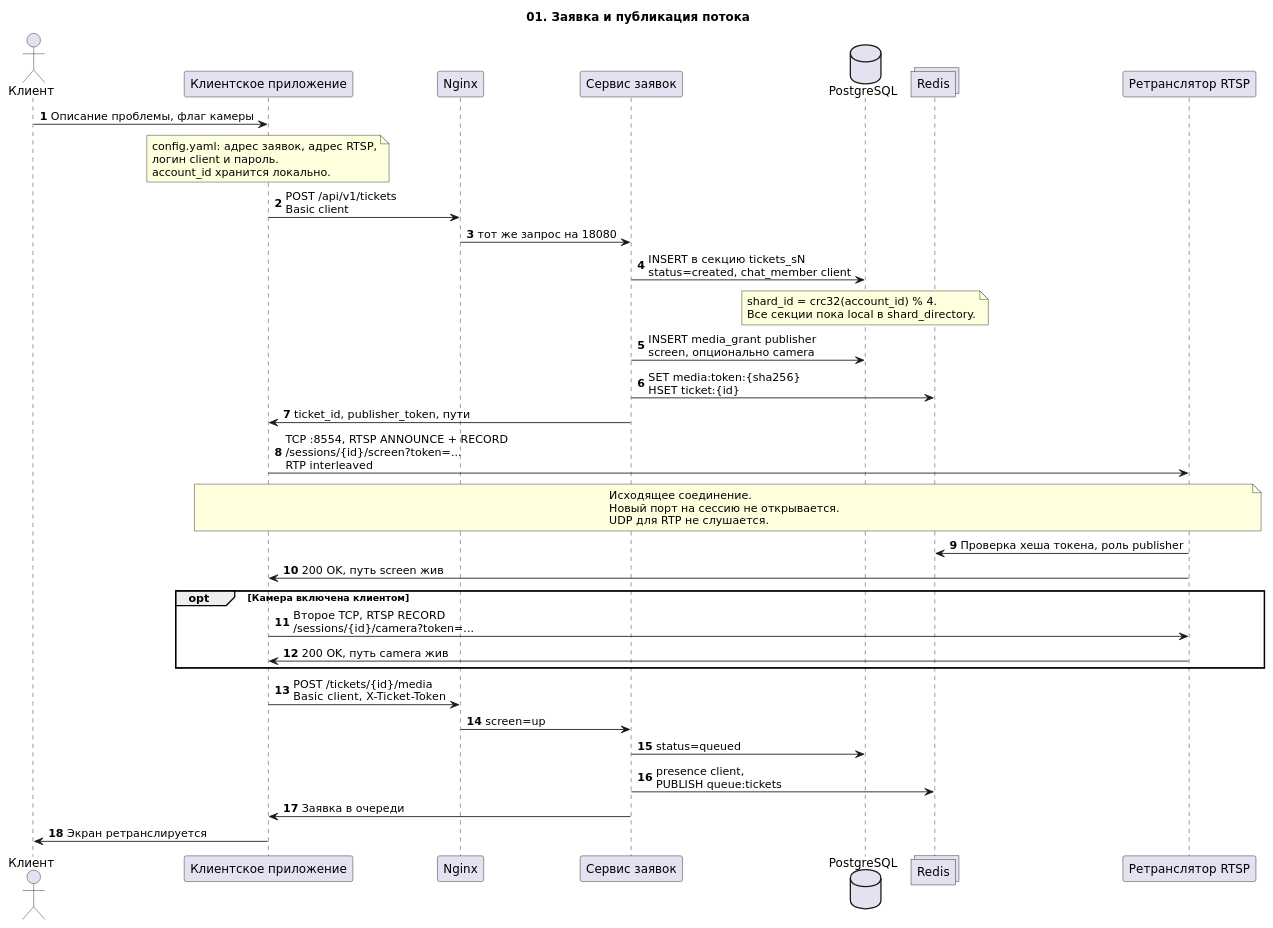
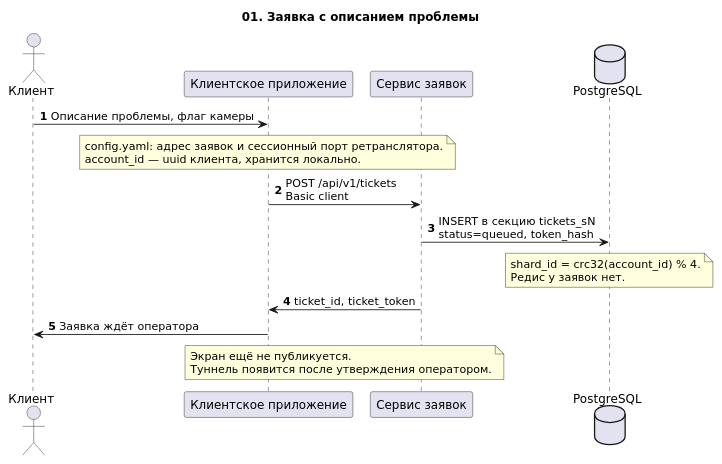
The diagram in docs/uml/01-ticket-and-publish.puml (atroxxxxxx/team-viewer), drawn with PlantUML before and after one commit. The commit also changed 80 other files, not shown here.

```diff
--- a/docs/uml/01-ticket-and-publish.puml
+++ b/docs/uml/01-ticket-and-publish.puml
@@ -1,52 +1,29 @@
 @startuml 01-ticket-and-publish
-title 01. Заявка и публикация потока
+title 01. Заявка с описанием проблемы
 skinparam defaultFontName DejaVu Sans
 skinparam sequenceMessageAlign left
 autonumber
 
 actor "Клиент" as User
 participant "Клиентское приложение" as App
-participant "Nginx" as Edge
 participant "Сервис заявок" as Tickets
 database "PostgreSQL" as DB
-collections "Redis" as Cache
-participant "Ретранслятор RTSP" as Relay
 
 User -> App : Описание проблемы, флаг камеры
 note over App
-  config.yaml: адрес заявок, адрес RTSP,
-  логин client и пароль.
-  account_id хранится локально.
+  config.yaml: адрес заявок и сессионный порт ретранслятора.
+  account_id — uuid клиента, хранится локально.
 end note
-App -> Edge : POST /api/v1/tickets\nBasic client
-Edge -> Tickets : тот же запрос на 18080
-Tickets -> DB : INSERT в секцию tickets_sN\nstatus=created, chat_member client
+App -> Tickets : POST /api/v1/tickets\nBasic client
+Tickets -> DB : INSERT в секцию tickets_sN\nstatus=queued, token_hash
 note over DB
   shard_id = crc32(account_id) % 4.
-  Все секции пока local в shard_directory.
+  Редис у заявок нет.
 end note
-Tickets -> DB : INSERT media_grant publisher\nscreen, опционально camera
-Tickets -> Cache : SET media:token:{sha256}\nHSET ticket:{id}
-Tickets -> App : ticket_id, publisher_token, пути
-
-App -> Relay : TCP :8554, RTSP ANNOUNCE + RECORD\n/sessions/{id}/screen?token=...\nRTP interleaved
-note over App, Relay
-  Исходящее соединение.
-  Новый порт на сессию не открывается.
-  UDP для RTP не слушается.
+Tickets -> App : ticket_id, ticket_token
+App -> User : Заявка ждёт оператора
+note over App, Tickets
+  Экран ещё не публикуется.
+  Туннель появится после утверждения оператором.
 end note
-Relay -> Cache : Проверка хеша токена, роль publisher
-Relay -> App : 200 OK, путь screen жив
-
-opt Камера включена клиентом
-  App -> Relay : Второе TCP, RTSP RECORD\n/sessions/{id}/camera?token=...
-  Relay -> App : 200 OK, путь camera жив
-end
-
-App -> Edge : POST /tickets/{id}/media\nBasic client, X-Ticket-Token
-Edge -> Tickets : screen=up
-Tickets -> DB : status=queued
-Tickets -> Cache : presence client,\nPUBLISH queue:tickets
-Tickets -> App : Заявка в очереди
-App -> User : Экран ретранслируется
 @enduml
```
